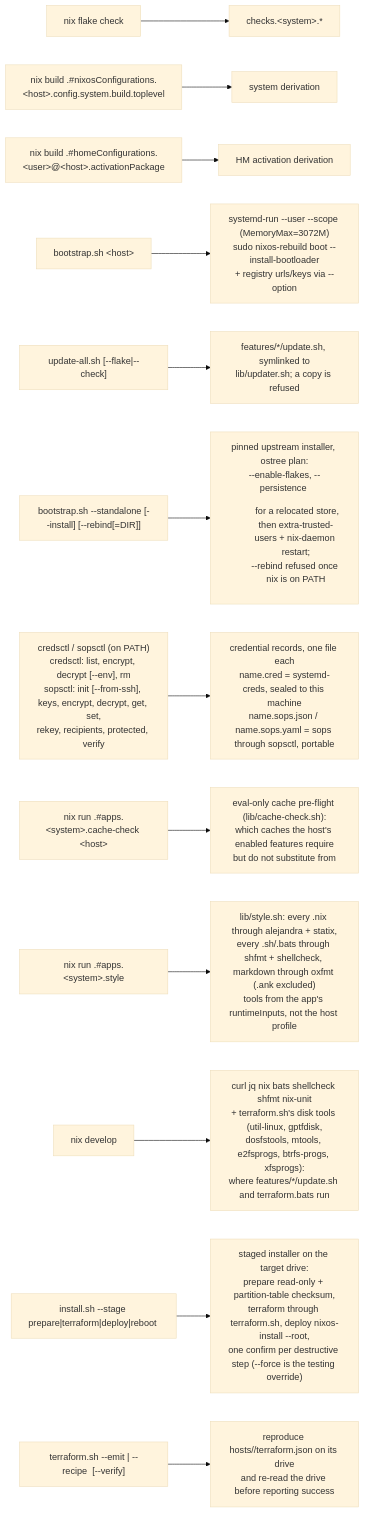
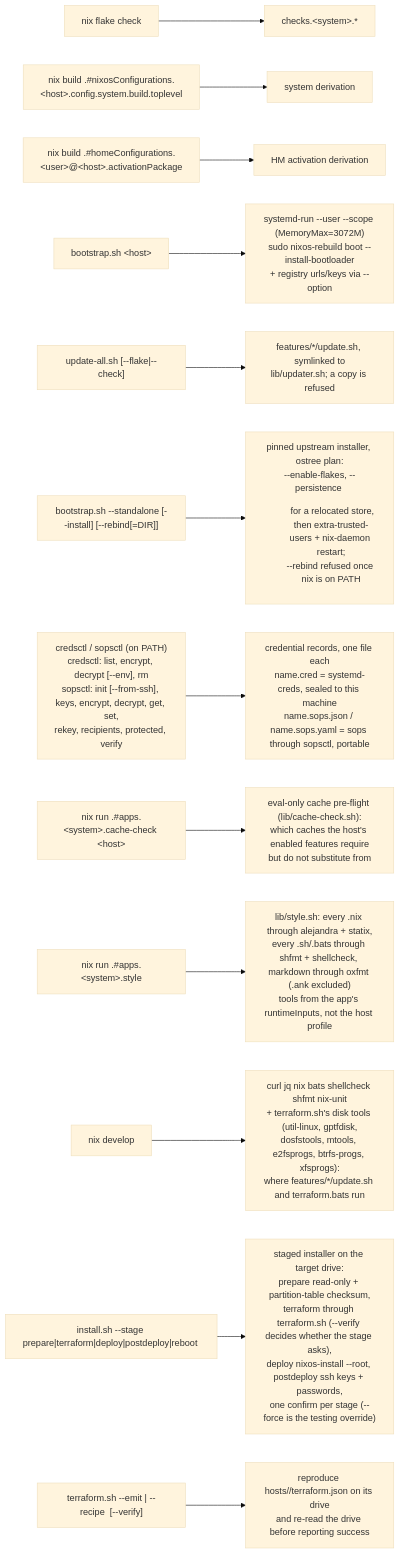
One commit to WombatFromHell/automatic-palm-tree changed the seventh of 7 diagrams in DESIGN.md. Above: the diagram before and after it, drawn with Mermaid (base theme). The commit also changed other lines of this file and 14 other files, not shown here.

Commit message:
install.sh: staged deploy - postdeploy passwords, INSTALL_SYSTEM, one eval for the facts

````diff
--- a/DESIGN.md
+++ b/DESIGN.md
@@ -386,15 +394,15 @@
 ```mermaid
 flowchart LR
   E["nix flake check"] --> CK["checks.&lt;system&gt;.*"]
   E2["nix build .#nixosConfigurations.&lt;host&gt;.config.system.build.toplevel"] --> NC["system derivation"]
   E3["nix build .#homeConfigurations.&lt;user&gt;@&lt;host&gt;.activationPackage"] --> HC["HM activation derivation"]
   E4["bootstrap.sh &lt;host&gt;"] --> RB["systemd-run --user --scope (MemoryMax=3072M)<br/>sudo nixos-rebuild boot --install-bootloader<br/>+ registry urls/keys via --option"]
   E5["update-all.sh [--flake|--check]"] --> UP["features/*/update.sh, symlinked to<br/>lib/updater.sh; a copy is refused"]
   E6["bootstrap.sh --standalone [--install] [--rebind[=DIR]]"] --> IN["pinned upstream installer, ostree plan:<br/>--enable-flakes, --persistence <dir> for a relocated store,<br/>then extra-trusted-users + nix-daemon restart;<br/>--rebind refused once nix is on PATH"]
   E7["credsctl / sopsctl (on PATH)<br/>credsctl: list, encrypt, decrypt [--env], rm<br/>sopsctl: init [--from-ssh], keys, encrypt, decrypt, get, set,<br/>rekey, recipients, protected, verify"] --> CR["credential records, one file each<br/>name.cred = systemd-creds, sealed to this machine<br/>name.sops.json / name.sops.yaml = sops through sopsctl, portable"]
   E8["nix run .#apps.&lt;system&gt;.cache-check &lt;host&gt;"] --> CF["eval-only cache pre-flight (lib/cache-check.sh):<br/>which caches the host's enabled features require<br/>but do not substitute from"]
   E9["nix run .#apps.&lt;system&gt;.style"] --> ST["lib/style.sh: every .nix through alejandra + statix,<br/>every .sh/.bats through shfmt + shellcheck, markdown through oxfmt (.ank excluded)<br/>tools from the app's runtimeInputs, not the host profile"]
   E10["nix develop"] --> DEV["curl jq nix bats shellcheck shfmt nix-unit<br/>+ terraform.sh's disk tools (util-linux, gptfdisk,<br/>dosfstools, mtools, e2fsprogs, btrfs-progs, xfsprogs):<br/>where features/*/update.sh and terraform.bats run"]
-  E11["install.sh --stage prepare|terraform|deploy|reboot <host>"] --> INS["staged installer on the target drive:<br/>prepare read-only + partition-table checksum,<br/>terraform through terraform.sh, deploy nixos-install --root,<br/>one confirm per destructive step (--force is the testing override)"]
+  E11["install.sh --stage prepare|terraform|deploy|postdeploy|reboot <host>"] --> INS["staged installer on the target drive:<br/>prepare read-only + partition-table checksum,<br/>terraform through terraform.sh (--verify decides whether the stage asks),<br/>deploy nixos-install --root, postdeploy ssh keys + passwords,<br/>one confirm per stage (--force is the testing override)"]
   E12["terraform.sh --emit | --recipe <file> [--verify]"] --> DRV["reproduce hosts/<host>/terraform.json on its drive<br/>and re-read the drive before reporting success"]
 ```
````
